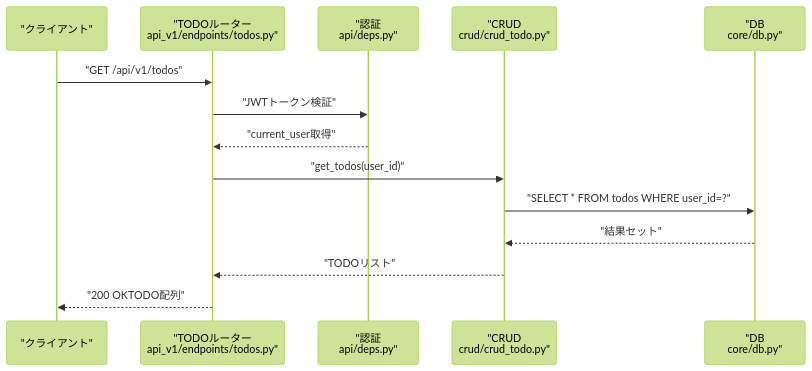
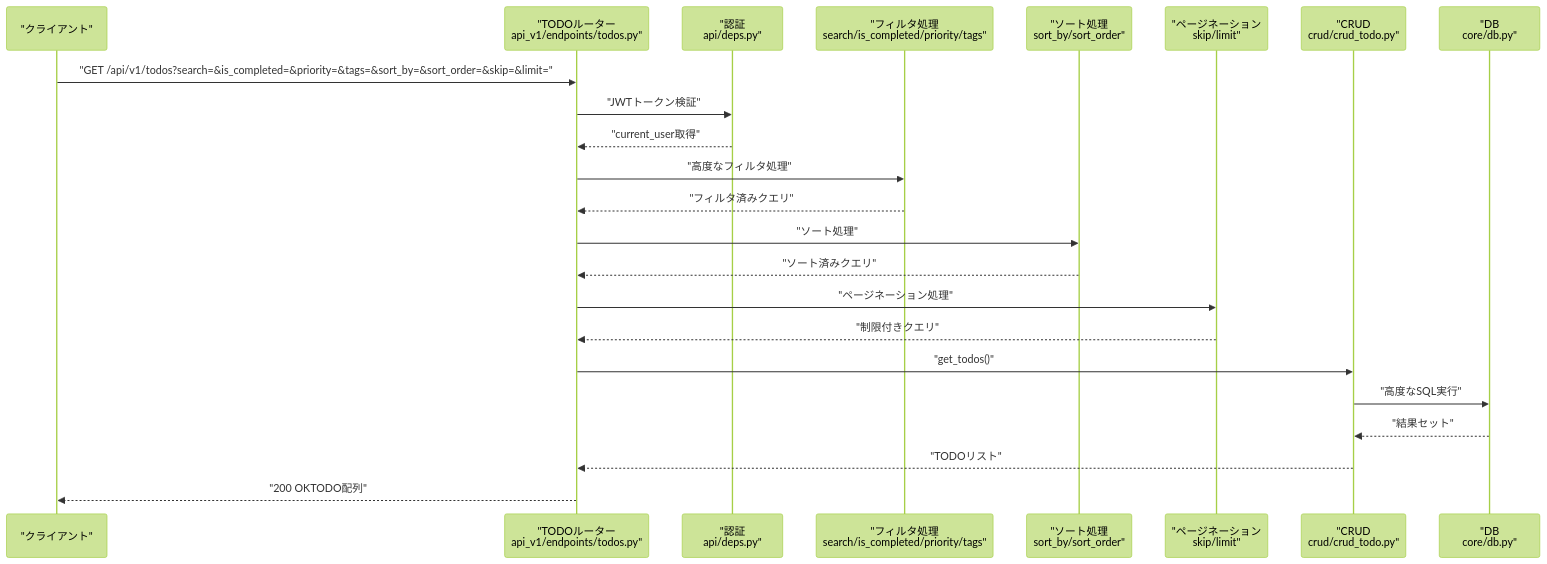
Before and after one commit to ss8806/Todos: the third of 7 diagrams in .qoder/repowiki/ja/content/APIリファレンス/TODO管理API.md, drawn with Mermaid (forest theme). The commit also changed other lines of this file and 6 other files, not shown here.

````diff
--- a/.qoder/repowiki/ja/content/APIリファレンス/TODO管理API.md
+++ b/.qoder/repowiki/ja/content/APIリファレンス/TODO管理API.md
@@ -232,16 +255,25 @@
 ```mermaid
 sequenceDiagram
 participant C as "クライアント"
 participant R as "TODOルーター<br/>api_v1/endpoints/todos.py"
 participant A as "認証<br/>api/deps.py"
+participant F as "フィルタ処理<br/>search/is_completed/priority/tags"
+participant S as "ソート処理<br/>sort_by/sort_order"
+participant P as "ページネーション<br/>skip/limit"
 participant U as "CRUD<br/>crud/crud_todo.py"
 participant D as "DB<br/>core/db.py"
-C->>R : "GET /api/v1/todos"
+C->>R : "GET /api/v1/todos?search=&is_completed=&priority=&tags=&sort_by=&sort_order=&skip=&limit="
 R->>A : "JWTトークン検証"
 A-->>R : "current_user取得"
-R->>U : "get_todos(user_id)"
-U->>D : "SELECT * FROM todos WHERE user_id=?"
+R->>F : "高度なフィルタ処理"
+F-->>R : "フィルタ済みクエリ"
+R->>S : "ソート処理"
+S-->>R : "ソート済みクエリ"
+R->>P : "ページネーション処理"
+P-->>R : "制限付きクエリ"
+R->>U : "get_todos()"
+U->>D : "高度なSQL実行"
 D-->>U : "結果セット"
 U-->>R : "TODOリスト"
 R-->>C : "200 OKTODO配列"
 ```
````
